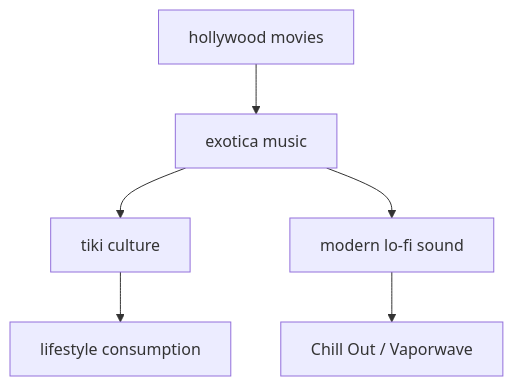
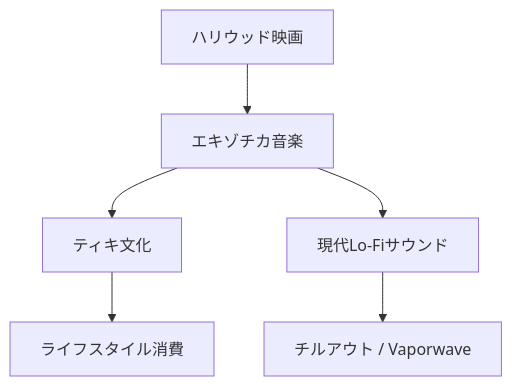
The second of 2 diagrams in en/_posts/2025-11-02-column-korla-pandit.md (monumental-movement/monumental-movement.github.io), drawn with Mermaid before and after one commit. The commit also changed other lines of this file and 2196 other files, not shown here.

```diff
--- a/en/_posts/2025-11-02-column-korla-pandit.md
+++ b/en/_posts/2025-11-02-column-korla-pandit.md
@@ -182,10 +181,10 @@
 <div class="mermaid">
 
 graph TD
-    A[hollywood movies] --> B[exotica music]
-    B --> C[tiki culture]
-    C --> D[lifestyle consumption]
-    B --> E[modern lo-fi sound]
-    E --> F[Chill Out / Vaporwave]
+    A[ハリウッド映画] --> B[エキゾチカ音楽]
+    B --> C[ティキ文化]
+    C --> D[ライフスタイル消費]
+    B --> E[現代Lo-Fiサウンド]
+    E --> F[チルアウト / Vaporwave]
 
 </div>
```
